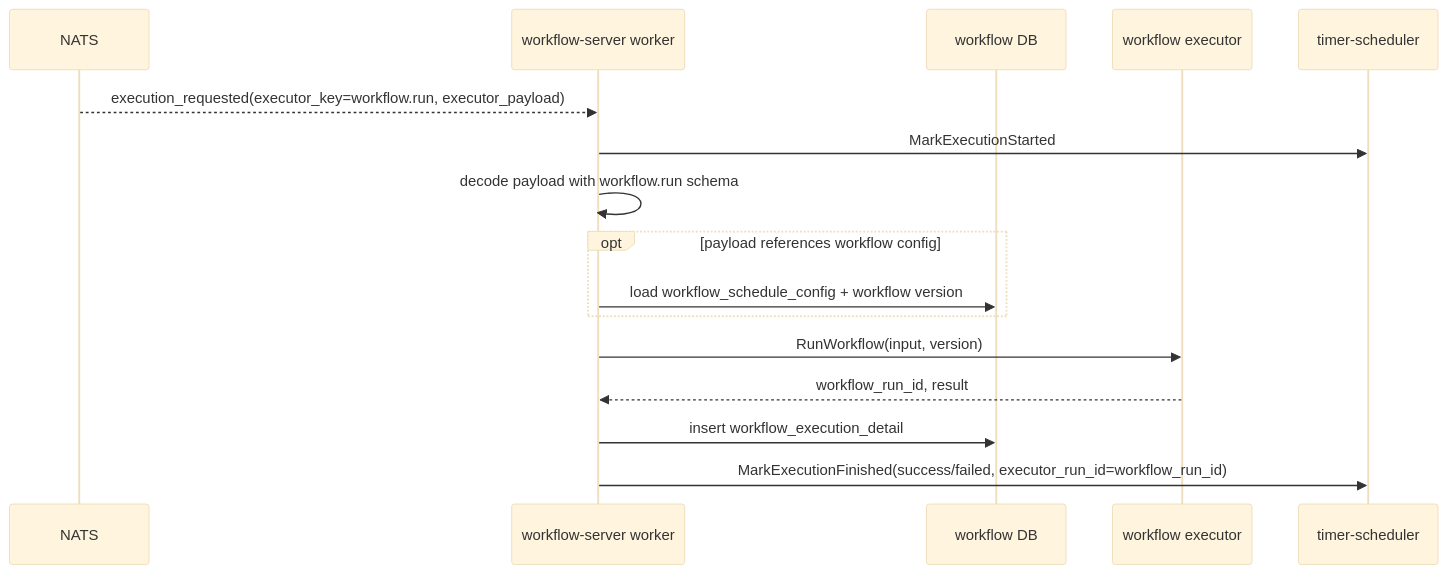
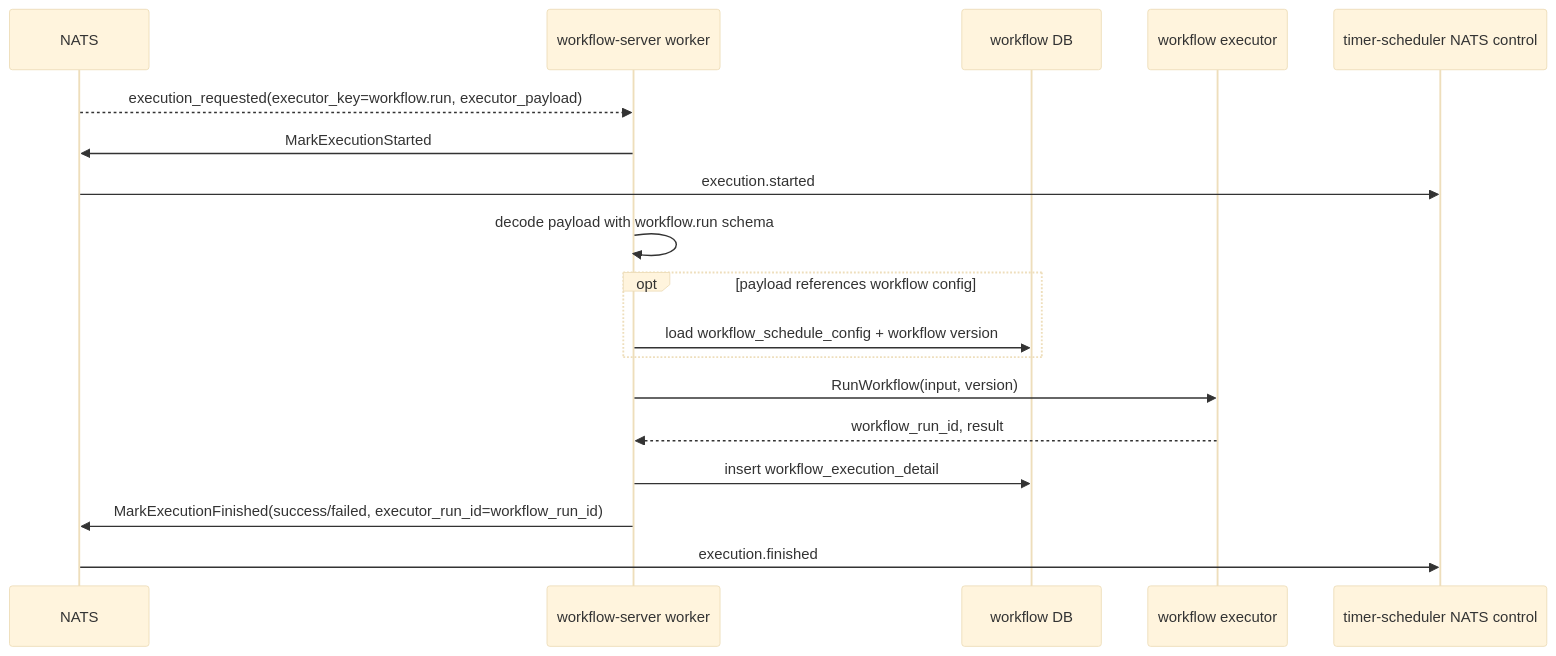
Before and after one commit to kageos/kageos: diagram 12 of 19 in docs/scheduled-tasks-architecture-design.md, drawn with Mermaid (base theme). The commit also changed other lines of this file and 164 other files, not shown here.

````diff
--- a/docs/scheduled-tasks-architecture-design.md
+++ b/docs/scheduled-tasks-architecture-design.md
@@ -450,19 +497,21 @@
 ```mermaid
 sequenceDiagram
   participant NATS as NATS
   participant Worker as workflow-server worker
   participant WorkflowDB as workflow DB
   participant Executor as workflow executor
-  participant Timer as timer-scheduler
+  participant TimerControl as timer-scheduler NATS control
 
   NATS-->>Worker: execution_requested(executor_key=workflow.run, executor_payload)
-  Worker->>Timer: MarkExecutionStarted
+  Worker->>NATS: MarkExecutionStarted
+  NATS->>TimerControl: execution.started
   Worker->>Worker: decode payload with workflow.run schema
   opt payload references workflow config
     Worker->>WorkflowDB: load workflow_schedule_config + workflow version
   end
   Worker->>Executor: RunWorkflow(input, version)
   Executor-->>Worker: workflow_run_id, result
   Worker->>WorkflowDB: insert workflow_execution_detail
-  Worker->>Timer: MarkExecutionFinished(success/failed, executor_run_id=workflow_run_id)
+  Worker->>NATS: MarkExecutionFinished(success/failed, executor_run_id=workflow_run_id)
+  NATS->>TimerControl: execution.finished
 ```
````
